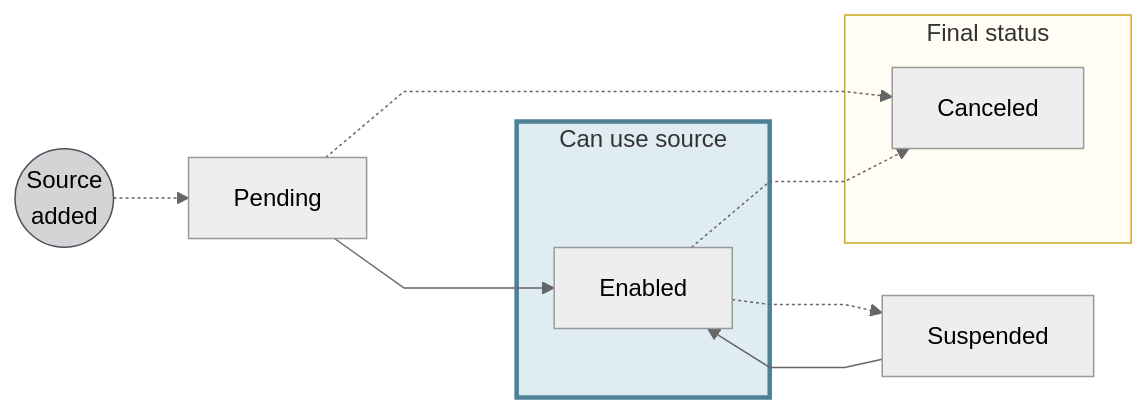
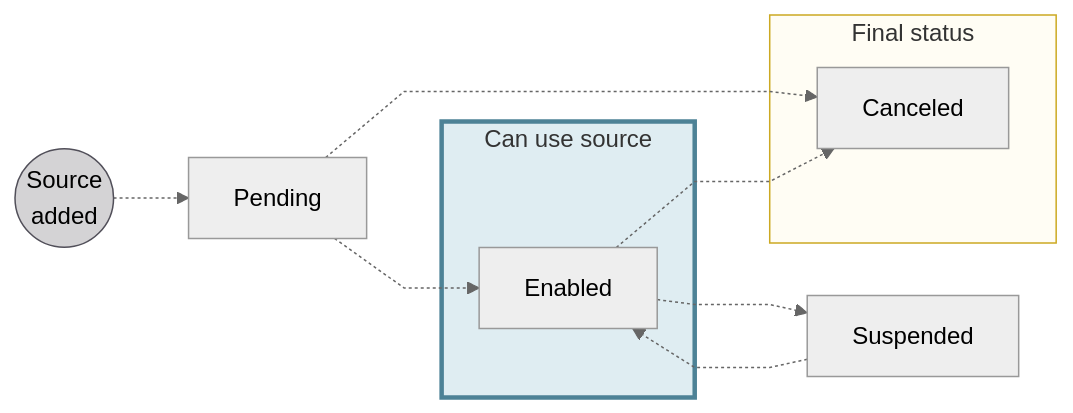
One commit to swan-io/docs changed the first of 3 diagrams in docs/topics/accounts/funding/index.mdx. Above: the diagram before and after it, drawn with Mermaid (neutral theme). The commit also changed other lines of this file and 3 other files, not shown here.

````diff
--- a/docs/topics/accounts/funding/index.mdx
+++ b/docs/topics/accounts/funding/index.mdx
@@ -57,19 +37,19 @@
 ```mermaid
 %%{ init: { 'flowchart': { 'curve': 'linear' } } }%%
 flowchart LR
     AMA((Source<br/>added)) -.-> P[Pending]
-    P ---> E[Enabled]
+    P -.-> E[Enabled]
     P -.-> C[Canceled]
     E -.-> S[Suspended]
-    S --> E
+    S -.-> E
     E -.-> C
     subgraph U[Can use source]
         E
     end
     subgraph F[Final status]
         C
     end
     style AMA fill:#D4D3D5,stroke:#514F59
     style F fill:#fffdf4,stroke:#cca922
     style U fill:#dfedf2,stroke:#4d8296, stroke-width:3px
 ```
````
